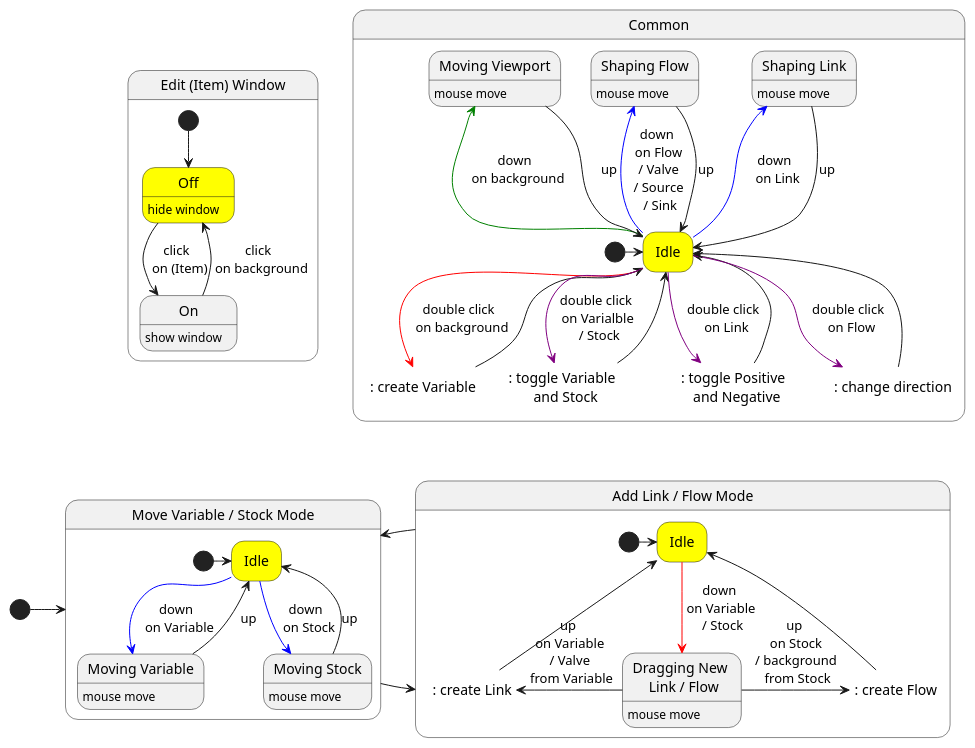
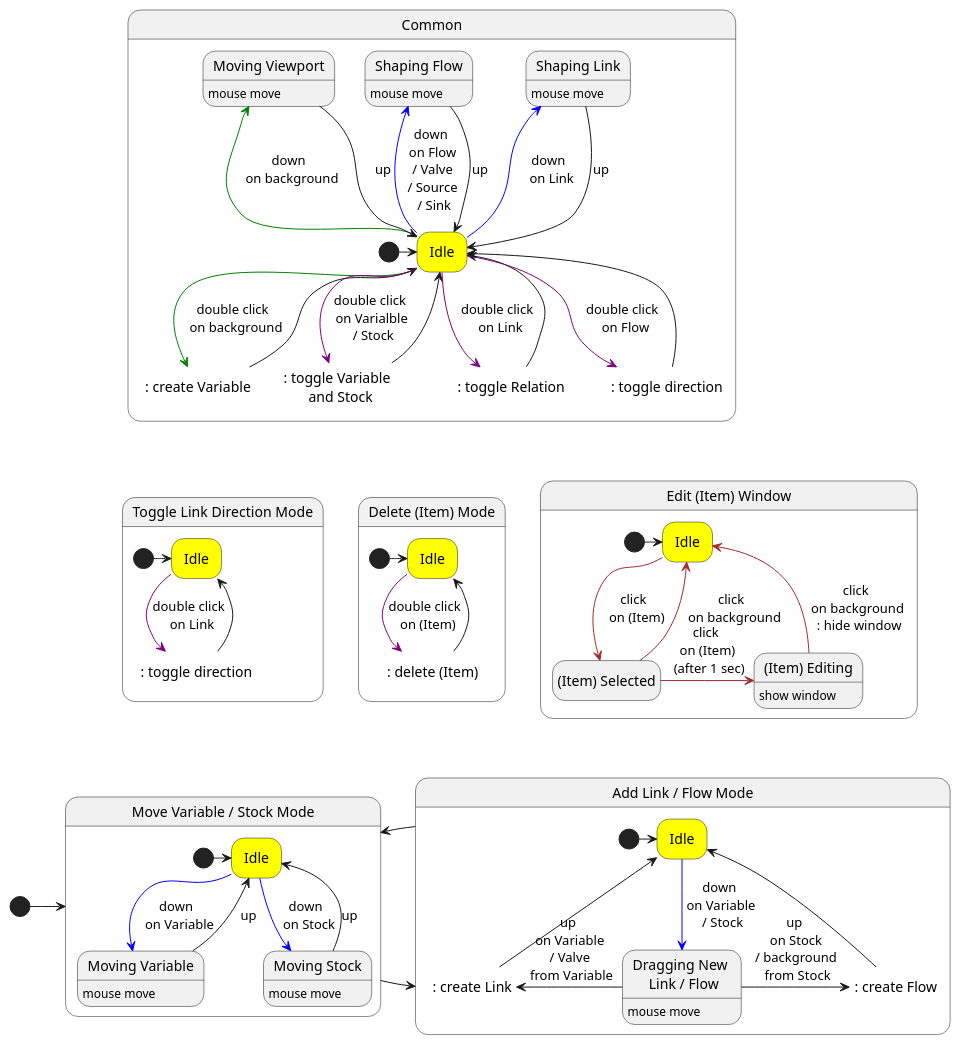
The diagram in docusaurus/docs/interaction.md (cidhuang/system-dynamics-tool), drawn with PlantUML before and after one commit.

Commit message:
docs: update interaction page

````diff
--- a/docusaurus/docs/interaction.md
+++ b/docusaurus/docs/interaction.md
@@ -19,14 +19,6 @@
 ```plantuml
 @startuml Interaction
 hide empty description
-
-state "Edit (Item) Window" as editWindow {
-  state "Off" as editOff #yellow : hide window
-  state "On" as editOn : show window
-  [*] --> editOff
-  editOff --> editOn : click \n on (Item)
-  editOn -up-> editOff : click \n on background
-}
 
 state "Common" as common {
   state "Idle" as idle #yellow
@@ -35,8 +27,8 @@
   state "Shaping Flow" as shapeFlow : mouse move
   state ": create Variable" as addVariable #white ##white
   state ": toggle Variable \n and Stock" as toggleVariableStock #white ##white
-  state ": toggle Positive \n and Negative" as togglePositiveNegative #white ##white
-  state ": change direction" as changeDirection #white ##white
+  state ": toggle Relation" as togglePositiveNegative #white ##white
+  state ": toggle direction" as toggleDirection #white ##white
 
   [*] -> idle
   idle -up[#blue]-> shapeLink : down \n on Link
@@ -48,7 +40,7 @@
   idle -up[#green]-> moveViewport : down \n on background
   moveViewport --> idle : up
 
-  idle -[#red]-> addVariable : double click \n on background
+  idle -[#green]-> addVariable : double click \n on background
   addVariable -up-> idle
 
   idle -[#purple]-> toggleVariableStock : double click \n on Varialble \n / Stock
@@ -57,49 +49,84 @@
   idle -[#purple]-> togglePositiveNegative : double click \n on Link
   togglePositiveNegative -up-> idle
 
-  idle -[#purple]-> changeDirection : double click \n on Flow
-  changeDirection -up-> idle
+  idle -[#purple]-> toggleDirection : double click \n on Flow
+  toggleDirection -up-> idle
+
+}
+
+state "Edit (Item) Window" as editWindow {
+  state "Idle" as idleEdit #yellow
+  state "(Item) Selected" as selected
+  state "(Item) Editing" as editing : show window
+
+  [*] -> idleEdit
+  idleEdit -[#brown]-> selected : click \n on (Item)
+  selected -up[#brown]-> idleEdit : click \n on background
+  selected -[#brown]> editing : click \n on (Item) \n (after 1 sec)
+  editing -up[#brown]-> idleEdit : click \n on background \n : hide window
+}
+
+state "Delete (Item) Mode" as delete {
+  state "Idle" as idleDelete #yellow
+  state ": delete (Item)" as deleteItem #white ##white
+
+  [*] -> idleDelete
+  idleDelete -[#purple]-> deleteItem : double click \n on (Item)
+  deleteItem -up-> idleDelete
+
+}
+
+state "Toggle Link Direction Mode" as toggleLinkDirectionMode {
+  state "Idle" as idleLinkDirection #yellow
+  state ": toggle direction" as toggleLinkDirection #white ##white
+
+  [*] -> idleLinkDirection
+  idleLinkDirection -[#purple]-> toggleLinkDirection : double click \n on Link
+  toggleLinkDirection -up-> idleLinkDirection
 
 }
 
 state "Move Variable / Stock Mode" as modeMoveVariableStock {
-  state "Idle" as idle1 #yellow
+  state "Idle" as idleMoveVariable #yellow
   state "Moving Variable" as moveVariable : mouse move
   state "Moving Stock" as moveStock : mouse move
 
-  [*] -> idle1
+  [*] -> idleMoveVariable
 
-  idle1 -[#blue]-> moveVariable : down \n on Variable
-  moveVariable -up-> idle1 : up
+  idleMoveVariable -[#blue]-> moveVariable : down \n on Variable
+  moveVariable -up-> idleMoveVariable : up
 
-  idle1 -[#blue]-> moveStock : down \n on Stock
-  moveStock -up-> idle1 : up
+  idleMoveVariable -[#blue]-> moveStock : down \n on Stock
+  moveStock -up-> idleMoveVariable : up
 
 }
 
 state "Add Link / Flow Mode" as modeAddLinkFlow {
-  state "Idle" as idle2 #yellow
+  state "Idle" as idleAddLink #yellow
   state "Dragging New \n Link / Flow" as dragNewLinkFlow : mouse move
   state ": create Link" as addLink #white ##white
   state ": create Flow" as addFlow #white ##white
 
-  [*] -> idle2
+  [*] -> idleAddLink
 
-  idle2 -[#red]-> dragNewLinkFlow : down \n on Variable \n / Stock
+  idleAddLink -[#blue]-> dragNewLinkFlow : down \n on Variable \n / Stock
 
   dragNewLinkFlow -left> addLink : up \n on Variable \n / Valve \n from Variable
-  addLink -up-> idle2
+  addLink -up-> idleAddLink
 
   dragNewLinkFlow -> addFlow : up \n on Stock \n / background \n from Stock
-  addFlow -up-> idle2
+  addFlow -up-> idleAddLink
 
 }
 
 [*] -> modeMoveVariableStock
 modeMoveVariableStock -> modeAddLinkFlow
-modeAddLinkFlow -> modeMoveVariableStock
+modeAddLinkFlow -left> modeMoveVariableStock
 
-modeMoveVariableStock -up[hidden]-> editWindow
+delete -up[hidden]-> common
+toggleLinkDirectionMode -[hidden]> delete
+delete -[hidden]> editWindow
+modeMoveVariableStock -up[hidden]-> toggleLinkDirectionMode
 
 @enduml
 ```
````
